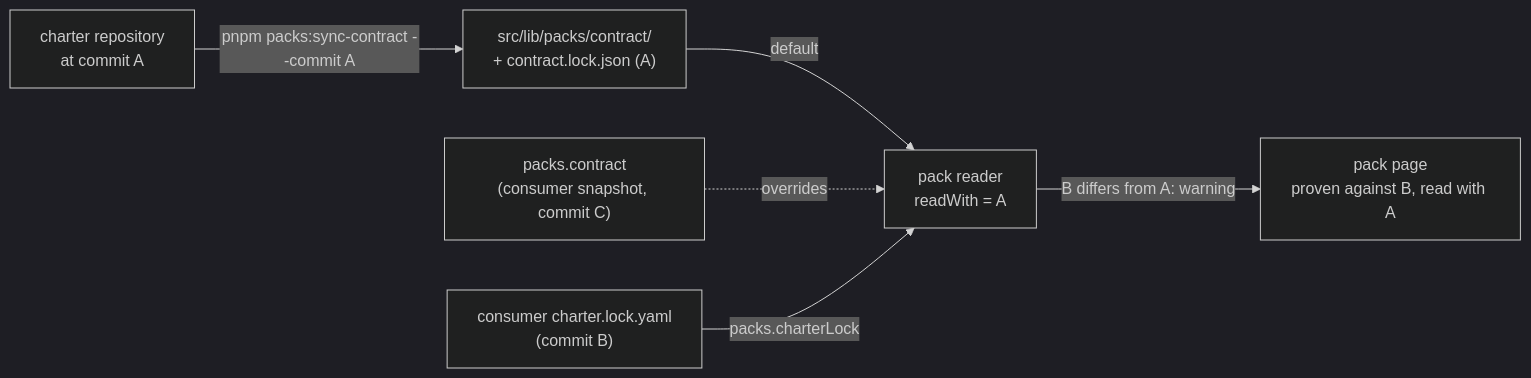
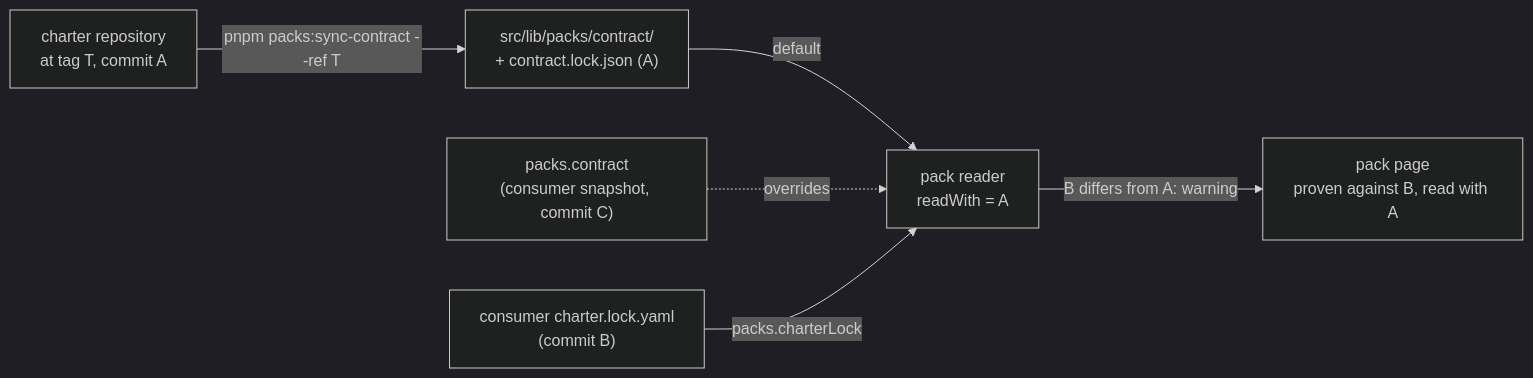
Before and after one commit to spec-kitty/doc-kitty: the fourth of 4 diagrams in docs/architecture/packs.md, drawn with Mermaid (dark theme). The commit also changed other lines of this file and 4 other files, not shown here.

````diff
--- a/docs/architecture/packs.md
+++ b/docs/architecture/packs.md
@@ -224,8 +228,8 @@
 ```mermaid
 flowchart LR
-  CH["charter repository<br/>at commit A"] -- "pnpm packs:sync-contract --commit A" --> SN["src/lib/packs/contract/<br/>+ contract.lock.json (A)"]
+  CH["charter repository<br/>at tag T, commit A"] -- "pnpm packs:sync-contract --ref T" --> SN["src/lib/packs/contract/<br/>+ contract.lock.json (A)"]
   SN -- "default" --> RD["pack reader<br/>readWith = A"]
   OV["packs.contract<br/>(consumer snapshot, commit C)"] -. "overrides" .-> RD
   CL["consumer charter.lock.yaml<br/>(commit B)"] -- "packs.charterLock" --> RD
   RD -- "B differs from A: warning" --> PG["pack page<br/>proven against B, read with A"]
 ```
````
